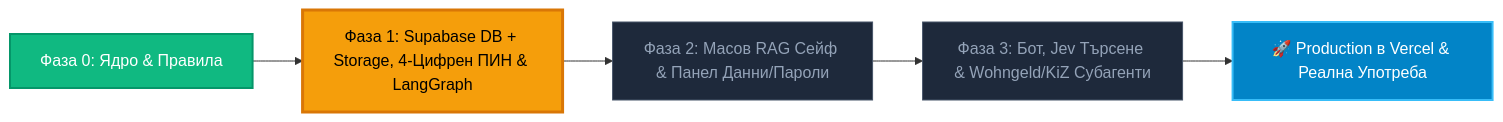
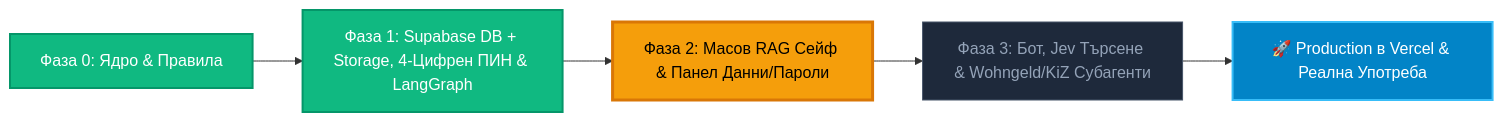
One commit to Krasimir-Hristov/KRONOS changed the diagram in ROADMAP.md. Above: the diagram before and after it, drawn with Mermaid. The commit also changed other lines of this file and 55 other files, not shown here.

````diff
--- a/ROADMAP.md
+++ b/ROADMAP.md
@@ -9,13 +9,13 @@
 ```mermaid
 flowchart LR
     P0["Фаза 0: Ядро & Правила"] --> P1["Фаза 1: Supabase DB + Storage, 4-Цифрен ПИН & LangGraph"]
     P1 --> P2["Фаза 2: Масов RAG Сейф & Панел Данни/Пароли"]
     P2 --> P3["Фаза 3: Бот, Jev Търсене & Wohngeld/KiZ Субагенти"]
     P3 --> PROD["🚀 Production в Vercel & Реална Употреба"]
 
     style P0 fill:#10b981,stroke:#059669,stroke-width:2px,color:#ffffff
-    style P1 fill:#f59e0b,stroke:#d97706,stroke-width:3px,color:#000000
-    style P2 fill:#1e293b,stroke:#475569,stroke-width:1px,color:#94a3b8
+    style P1 fill:#10b981,stroke:#059669,stroke-width:2px,color:#ffffff
+    style P2 fill:#f59e0b,stroke:#d97706,stroke-width:3px,color:#000000
     style P3 fill:#1e293b,stroke:#475569,stroke-width:1px,color:#94a3b8
     style PROD fill:#0284c7,stroke:#38bdf8,stroke-width:2px,color:#ffffff
 ```
````
